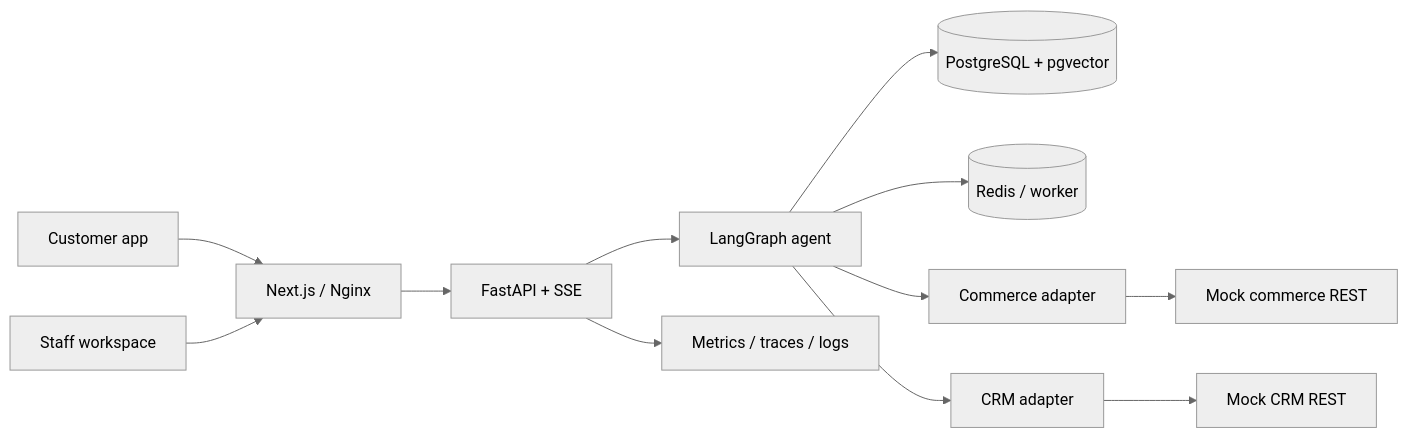
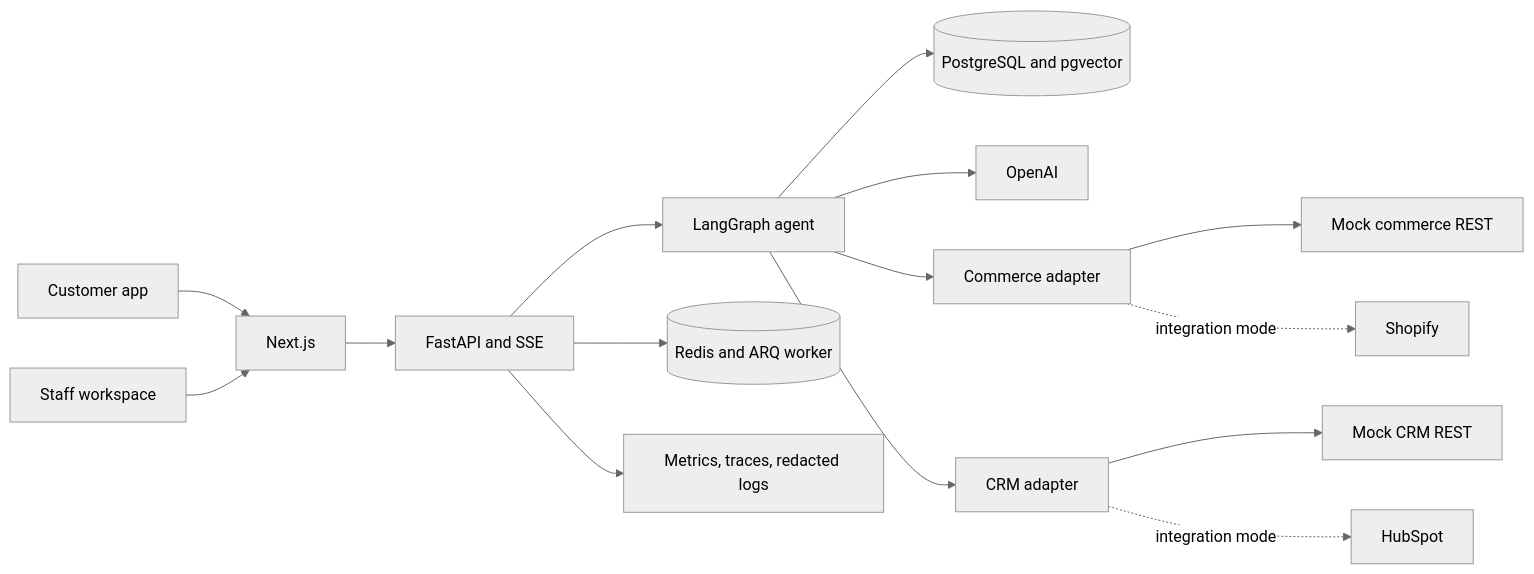
Before and after one commit to medalieli/ai-customer-support-agent: the first of 2 diagrams in README.md, drawn with Mermaid (neutral theme). The commit also changed other lines of this file and 71 other files, not shown here.

````diff
--- a/README.md
+++ b/README.md
@@ -43,14 +49,17 @@
 ```mermaid
 flowchart LR
-  Customer[Customer app] --> Edge[Next.js / Nginx]
-  Staff[Staff workspace] --> Edge
-  Edge --> API[FastAPI + SSE]
+  Customer[Customer app] --> UI[Next.js]
+  Staff[Staff workspace] --> UI
+  UI --> API[FastAPI and SSE]
   API --> Graph[LangGraph agent]
-  Graph --> DB[(PostgreSQL + pgvector)]
-  Graph --> Redis[(Redis / worker)]
+  Graph --> DB[(PostgreSQL and pgvector)]
+  Graph --> AI[OpenAI]
+  API --> Redis[(Redis and ARQ worker)]
   Graph --> Commerce[Commerce adapter]
   Graph --> CRM[CRM adapter]
-  Commerce --> MC[Mock commerce REST]
-  CRM --> MR[Mock CRM REST]
-  API --> Obs[Metrics / traces / logs]
+  Commerce --> MockCommerce[Mock commerce REST]
+  CRM --> MockCRM[Mock CRM REST]
+  Commerce -. integration mode .-> Shopify[Shopify]
+  CRM -. integration mode .-> HubSpot[HubSpot]
+  API --> Telemetry[Metrics, traces, redacted logs]
 ```
````
